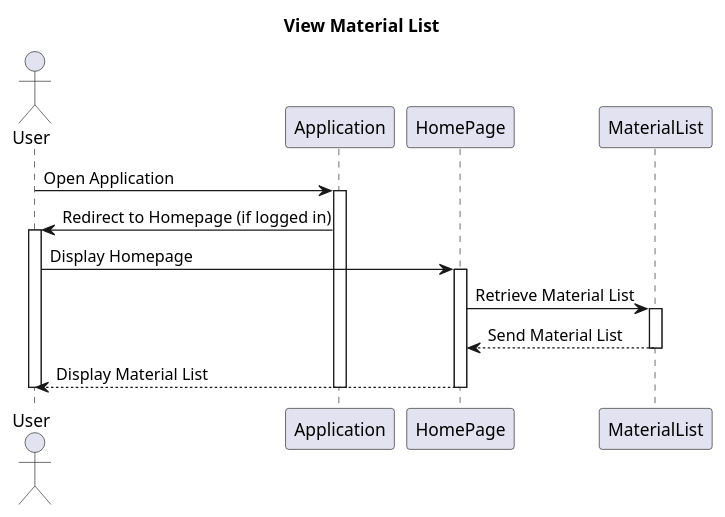
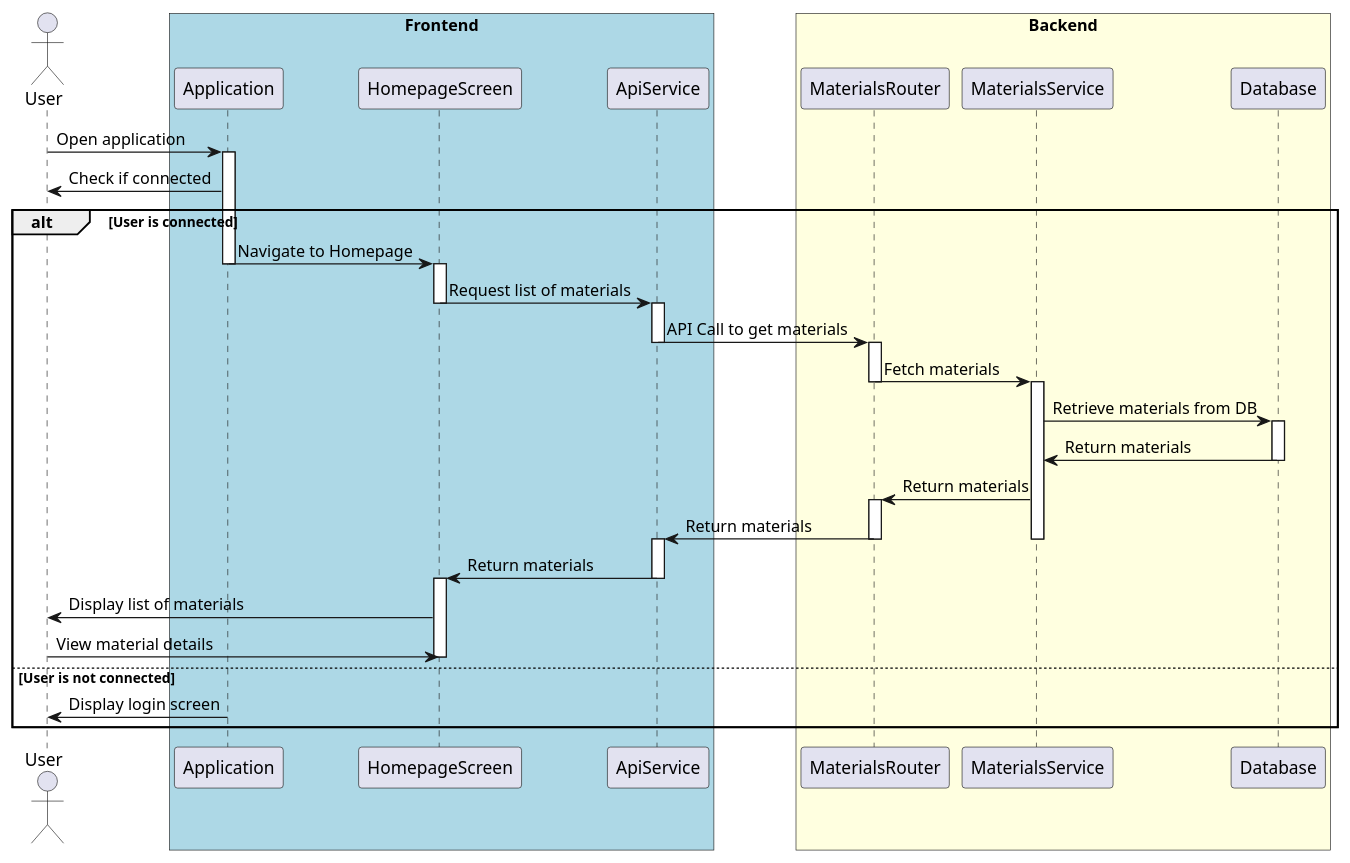
Before and after one commit to LucaciuTabita/Thesis: the diagram in backend/fastApiProject/Diagrams/Sequence Diagram - View Material List.puml, drawn with PlantUML. The commit also changed 18 other files, not shown here.

Commit message:
Diagrams updated

```diff
--- a/backend/fastApiProject/Diagrams/Sequence Diagram - View Material List.puml
+++ b/backend/fastApiProject/Diagrams/Sequence Diagram - View Material List.puml
@@ -1,23 +1,54 @@
 @startuml
-title View Material List
 
 actor User
-participant Application
-participant HomePage
-participant MaterialList
 
-User -> Application: Open Application
-activate Application
-Application -> User: Redirect to Homepage (if logged in)
-activate User
-User -> HomePage: Display Homepage
-activate HomePage
-HomePage -> MaterialList: Retrieve Material List
-activate MaterialList
-MaterialList --> HomePage: Send Material List
-deactivate MaterialList
-HomePage --> User: Display Material List
-deactivate HomePage
-deactivate User
-deactivate Application
+box "Frontend" #LightBlue
+    participant Application as App
+    participant HomepageScreen as HS
+    participant ApiService as AS
+end box
+
+box "Backend" #LightYellow
+    participant MaterialsRouter as MR
+    participant MaterialsService as MS
+    participant Database as DB
+end box
+
+User -> App: Open application
+activate App
+App -> User: Check if connected
+alt User is connected
+    App -> HS: Navigate to Homepage
+    deactivate App
+    activate HS
+    HS -> AS: Request list of materials
+    deactivate HS
+    activate AS
+    AS -> MR: API Call to get materials
+    deactivate AS
+    activate MR
+    MR -> MS: Fetch materials
+    deactivate MR
+    activate MS
+    MS -> DB: Retrieve materials from DB
+    activate DB
+    DB -> MS: Return materials
+    deactivate DB
+    MS -> MR: Return materials
+    activate MR
+    MR -> AS: Return materials
+    deactivate MS
+    deactivate MR
+    activate AS
+    AS -> HS: Return materials
+    deactivate AS
+    activate HS
+    HS -> User: Display list of materials
+    User -> HS: View material details
+    deactivate HS
+else User is not connected
+    App -> User: Display login screen
+    deactivate App
+end
+
 @enduml
```
